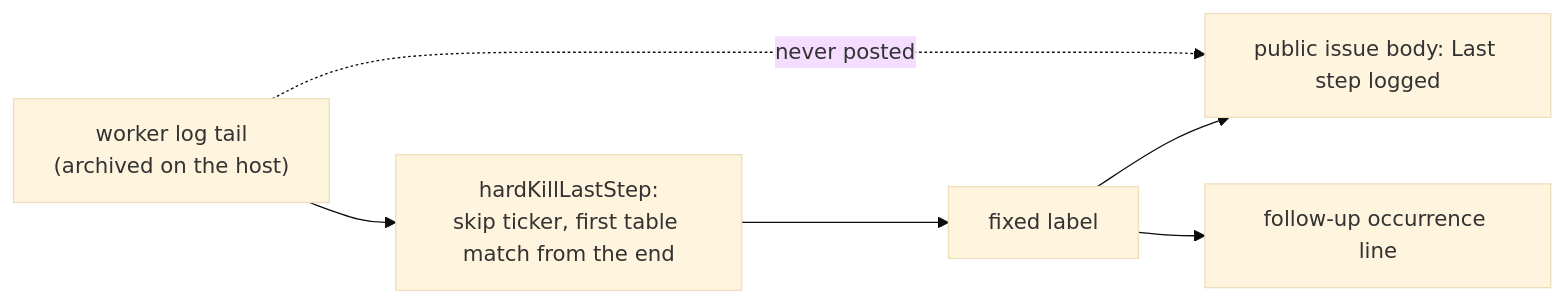
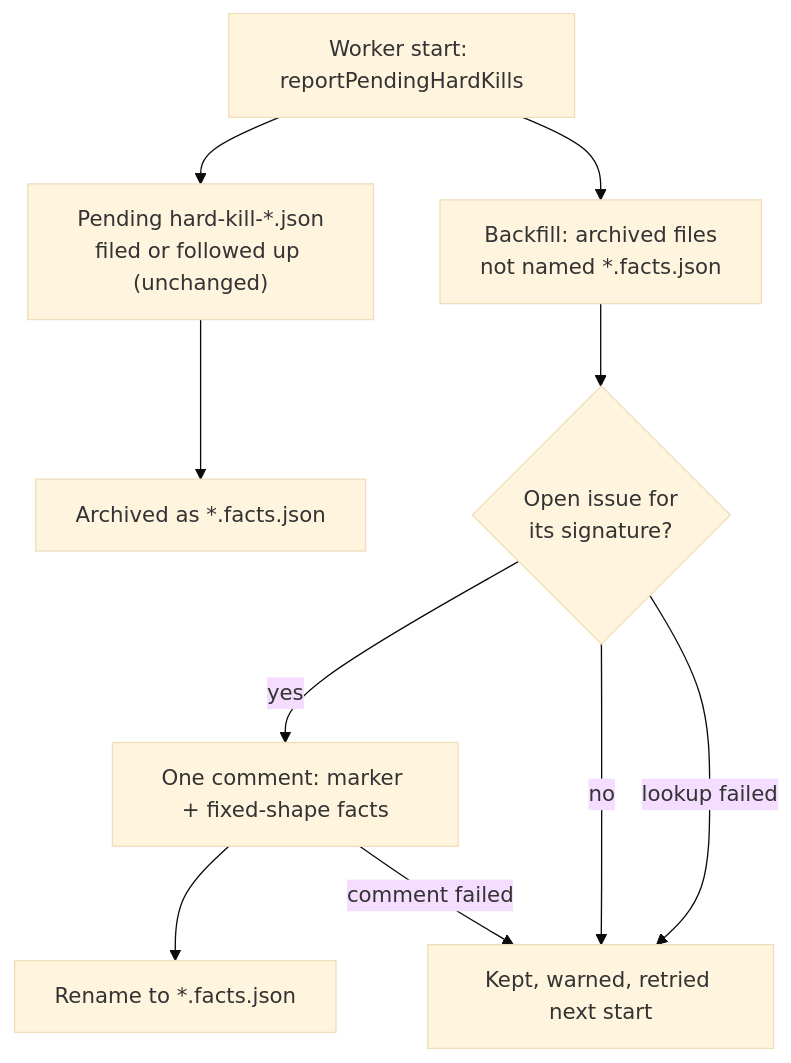
The diagram in docs/archive/pr-summaries/pr-summary-4815.md (stSoftwareAU/VibeCoder), drawn with Mermaid (base theme) before and after one commit. The commit also changed other lines of this file and 6 other files, not shown here.

First line of the commit message:
Hard kill: container wedged in completion (watchdog) (Issue #4815) (#5294)

````diff
--- a/docs/archive/pr-summaries/pr-summary-4815.md
+++ b/docs/archive/pr-summaries/pr-summary-4815.md
@@ -78,8 +112,12 @@
 ```mermaid
-flowchart LR
-    T["worker log tail<br/>(archived on the host)"] --> S["hardKillLastStep:<br/>skip ticker, first table match from the end"]
-    S --> L["fixed label"]
-    L --> B["public issue body: Last step logged"]
-    L --> O["follow-up occurrence line"]
-    T -. "never posted" .-> B
+flowchart TD
+    S["Worker start: reportPendingHardKills"] --> P["Pending hard-kill-*.json<br/>filed or followed up (unchanged)"]
+    P --> A["Archived as *.facts.json"]
+    S --> B["Backfill: archived files<br/>not named *.facts.json"]
+    B --> Q{"Open issue for<br/>its signature?"}
+    Q -- yes --> C["One comment: marker + fixed-shape facts"]
+    C --> M["Rename to *.facts.json"]
+    Q -- no --> K["Kept, warned, retried next start"]
+    Q -- lookup failed --> K
+    C -- comment failed --> K
 ```
````
